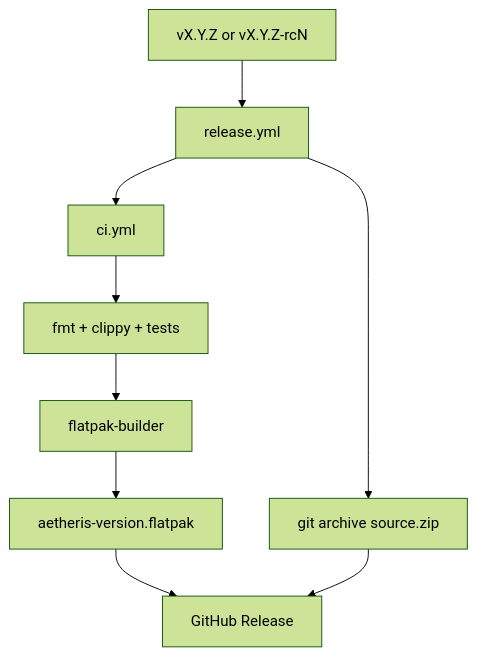
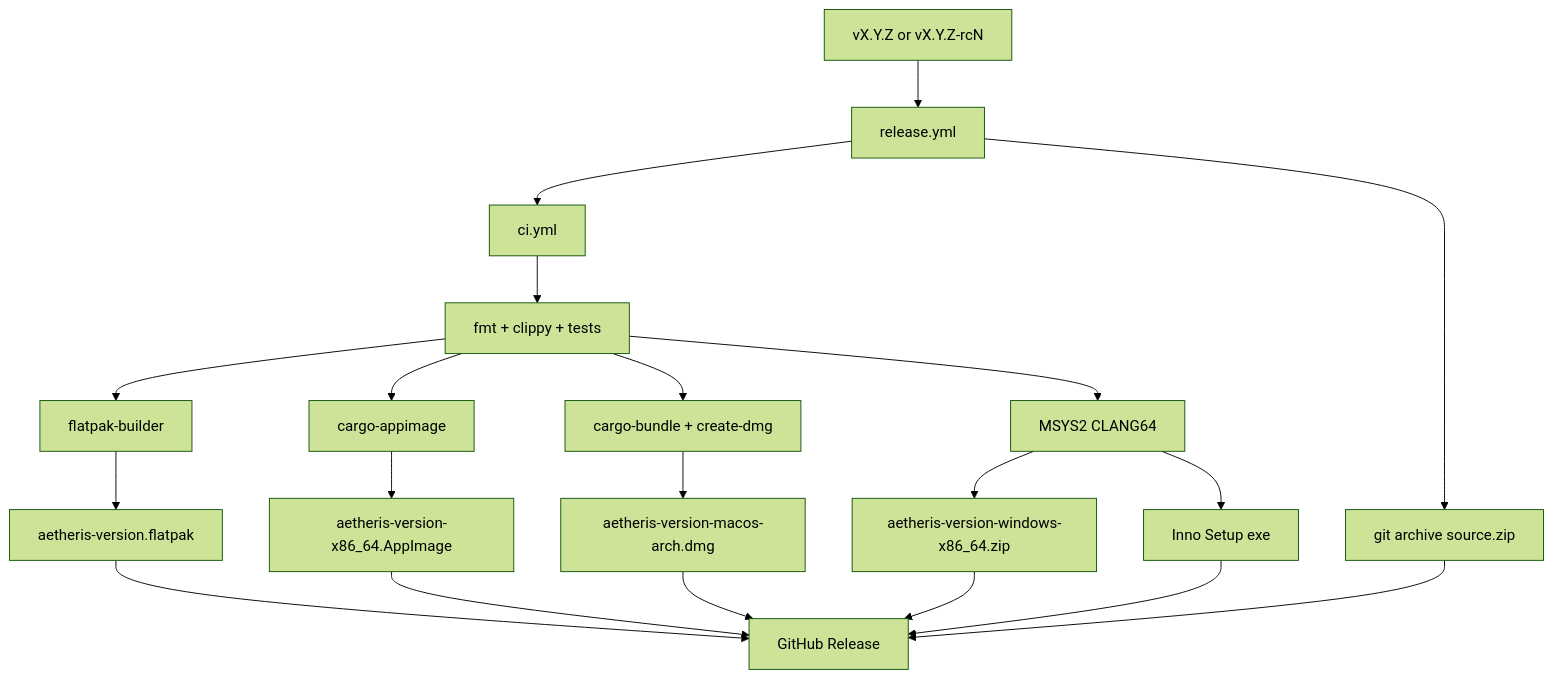
One commit to luminusOS/aetheris changed the eighth of 8 diagrams in ARCHITECTURE.md. Above: the diagram before and after it, drawn with Mermaid (forest theme). The commit also changed other lines of this file and 18 other files, not shown here.

First line of the commit message:
feat: enhance release workflow to include AppImage, macOS, and Windows builds

````diff
--- a/ARCHITECTURE.md
+++ b/ARCHITECTURE.md
@@ -187,11 +190,22 @@
 ```mermaid
 flowchart TD
   Tag[vX.Y.Z or vX.Y.Z-rcN] --> ReleaseWorkflow[release.yml]
   ReleaseWorkflow --> CI[ci.yml]
   CI --> RustChecks[fmt + clippy + tests]
   RustChecks --> Flatpak[flatpak-builder]
   Flatpak --> Bundle[aetheris-version.flatpak]
+  RustChecks --> AppImage[cargo-appimage]
+  AppImage --> AppImageBundle[aetheris-version-x86_64.AppImage]
+  RustChecks --> MacOS[cargo-bundle + create-dmg]
+  MacOS --> MacDmg[aetheris-version-macos-arch.dmg]
+  RustChecks --> Windows[MSYS2 CLANG64]
+  Windows --> WindowsBundle[aetheris-version-windows-x86_64.zip]
+  Windows --> WindowsSetup[Inno Setup exe]
   ReleaseWorkflow --> Source[git archive source.zip]
   Bundle --> GitHubRelease[GitHub Release]
+  AppImageBundle --> GitHubRelease
+  MacDmg --> GitHubRelease
+  WindowsBundle --> GitHubRelease
+  WindowsSetup --> GitHubRelease
   Source --> GitHubRelease
 ```
````
